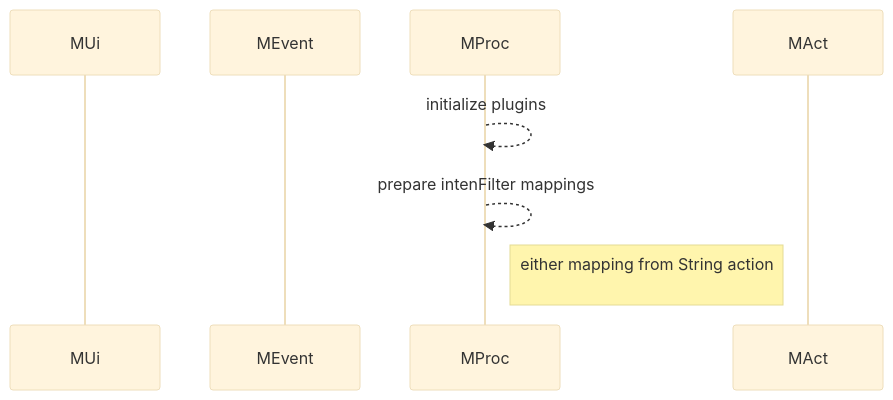
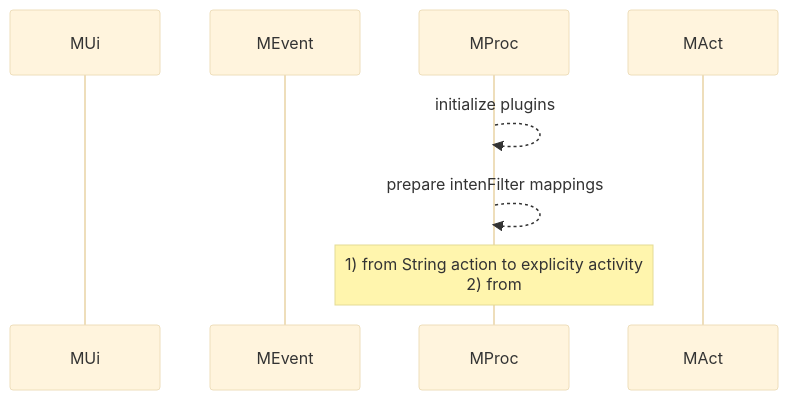
The third of 6 diagrams in flutter/android_to_flutter.md (gordianknotC/nxp_note), drawn with Mermaid (base theme) before and after one commit. The commit also changed other lines of this file, not shown here.

````diff
--- a/flutter/android_to_flutter.md
+++ b/flutter/android_to_flutter.md
@@ -50,11 +50,11 @@
 ```mermaid
 sequenceDiagram
 participant MUi
 participant MEvent
 participant MProc
 participant MAct
 
 MProc-->>MProc: initialize plugins
 MProc-->>MProc: prepare intenFilter mappings
-Note right of MProc: either mapping from String action<br>
+Note over MProc: 1) from String action to explicity activity<br>2) from
 ```
````
